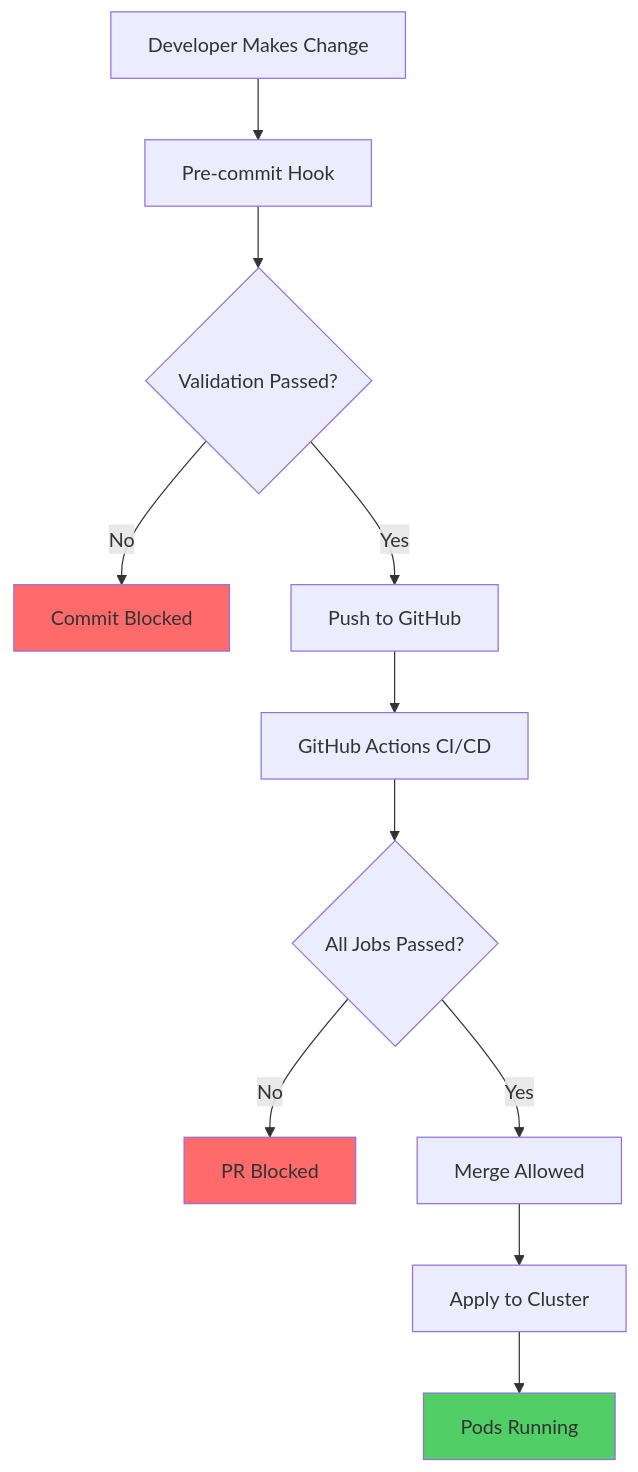
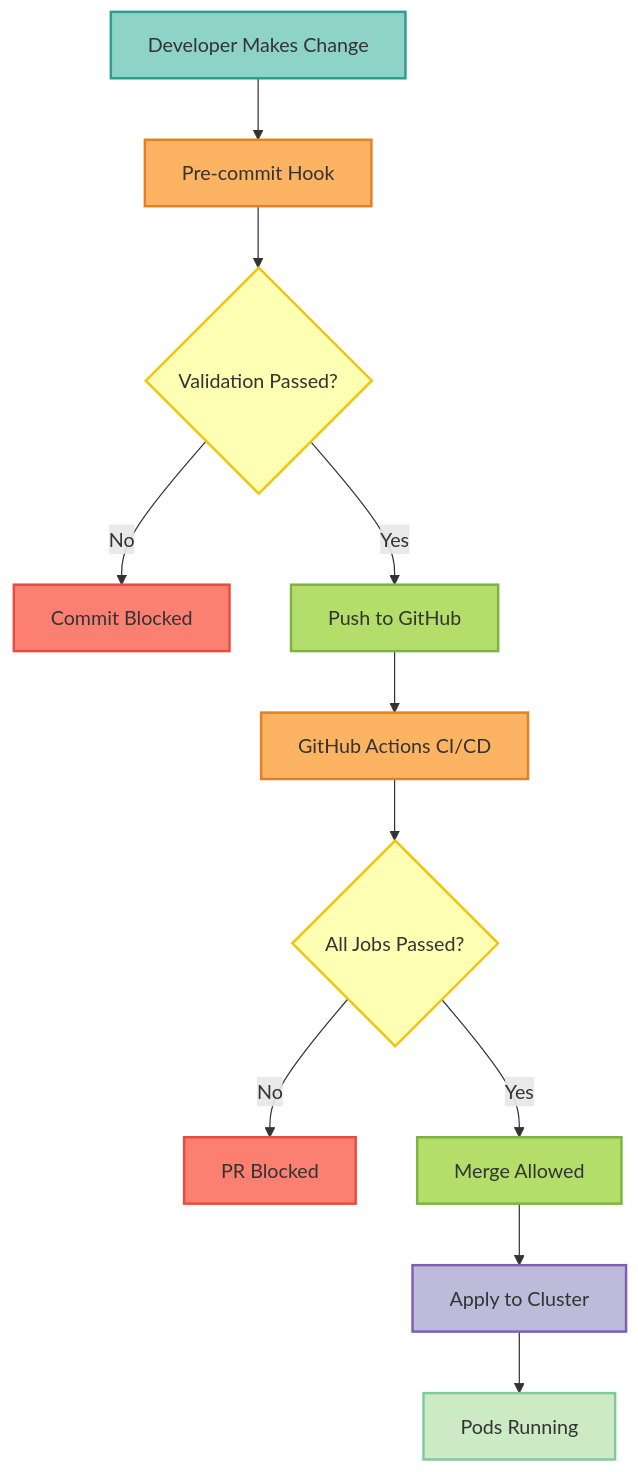
Before and after one commit to vishnu2kmohan/mcp-server-langgraph: the diagram in docs/architecture/adr-0054-pod-failure-prevention-framework.mdx, drawn with Mermaid. The commit also changed 9 other files, not shown here.

First line of the commit message:
feat: achieve 100% Mermaid diagram compliance + fix MDX validation (#84)

````diff
--- a/docs/architecture/adr-0054-pod-failure-prevention-framework.mdx
+++ b/docs/architecture/adr-0054-pod-failure-prevention-framework.mdx
@@ -163,17 +163,31 @@
 ```mermaid
-graph TD
+flowchart TD
     A[Developer Makes Change] --> B[Pre-commit Hook]
     B --> C{Validation Passed?}
     C -->|No| D[Commit Blocked]
     C -->|Yes| E[Push to GitHub]
     E --> F[GitHub Actions CI/CD]
     F --> G{All Jobs Passed?}
     G -->|No| H[PR Blocked]
     G -->|Yes| I[Merge Allowed]
     I --> J[Apply to Cluster]
     J --> K[Pods Running]
 
-    style D fill:#ff6b6b
-    style H fill:#ff6b6b
-    style K fill:#51cf66
+    %% ColorBrewer2 Set3 palette - each component type uniquely colored
+    classDef developerStyle fill:#8dd3c7,stroke:#2a9d8f,stroke-width:2px,color:#333
+    classDef validationStyle fill:#fdb462,stroke:#e67e22,stroke-width:2px,color:#333
+    classDef decisionStyle fill:#ffffb3,stroke:#f1c40f,stroke-width:2px,color:#333
+    classDef errorStyle fill:#fb8072,stroke:#e74c3c,stroke-width:2px,color:#333
+    classDef successStyle fill:#b3de69,stroke:#7cb342,stroke-width:2px,color:#333
+    classDef cicdStyle fill:#80b1d3,stroke:#3498db,stroke-width:2px,color:#333
+    classDef deployStyle fill:#bebada,stroke:#7e5eb0,stroke-width:2px,color:#333
+    classDef resultStyle fill:#ccebc5,stroke:#82c99a,stroke-width:2px,color:#333
+
+    class A developerStyle
+    class B,F validationStyle
+    class C,G decisionStyle
+    class D,H errorStyle
+    class E,I successStyle
+    class J deployStyle
+    class K resultStyle
 ```
````
